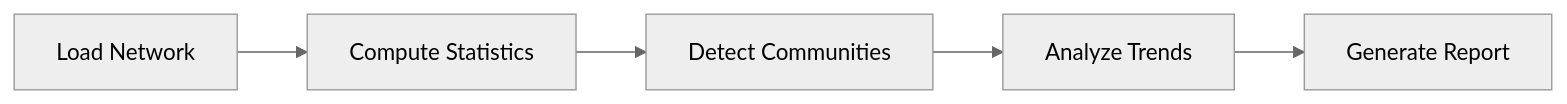
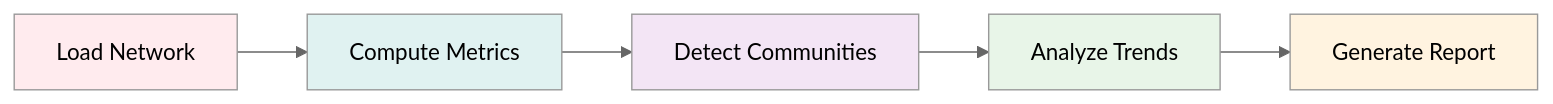
The second of 3 diagrams in docs/user-guide/overview.md (dagny099/citation-compass), drawn with Mermaid (neutral theme) before and after one commit. The commit also changed other lines of this file and 3 other files, not shown here.

````diff
--- a/docs/user-guide/overview.md
+++ b/docs/user-guide/overview.md
@@ -131,7 +136,13 @@
 ```mermaid
 flowchart LR
-    A[Load Network] --> B[Compute Statistics]
+    A[Load Network] --> B[Compute Metrics]
     B --> C[Detect Communities]
     C --> D[Analyze Trends]
     D --> E[Generate Report]
+
+    style A fill:#ffebee
+    style B fill:#e0f2f1
+    style C fill:#f3e5f5
+    style D fill:#e8f5e8
+    style E fill:#fff3e0
 ```
````
